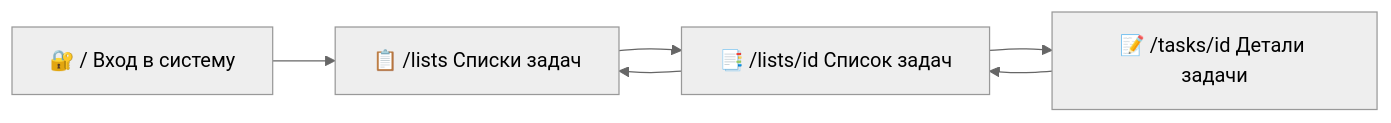
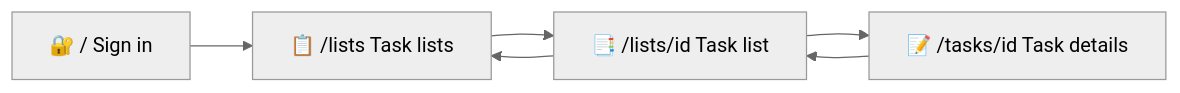
Before and after one commit to ArtsiomArtsemyeu/task-manager-mvp: the diagram in README.md, drawn with Mermaid (neutral theme). The commit also changed other lines of this file and 1 other file, not shown here.

Commit message:
task-manager-mvp-49: Support readme on english

````diff
--- a/README.md
+++ b/README.md
@@ -249,8 +253,8 @@
 ```mermaid
 flowchart LR
-  A["🔐 / Вход в систему"] --> B["📋 /lists Списки задач"]
-  B --> C["📑 /lists/id Список задач"]
-  C --> D["📝 /tasks/id Детали задачи"]
+  A["🔐 / Sign in"] --> B["📋 /lists Task lists"]
+  B --> C["📑 /lists/id Task list"]
+  C --> D["📝 /tasks/id Task details"]
   D --> C
   C --> B
 ```
````
